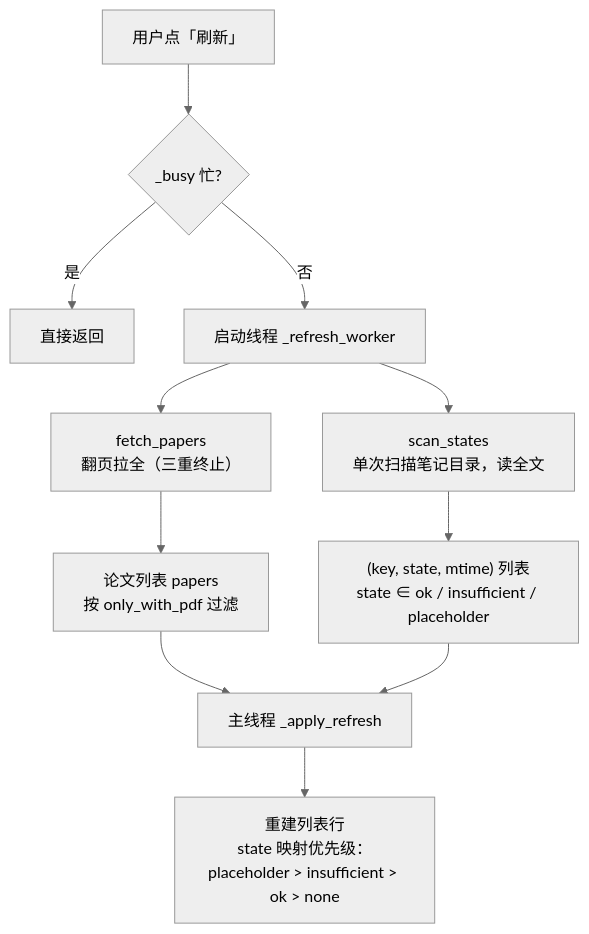
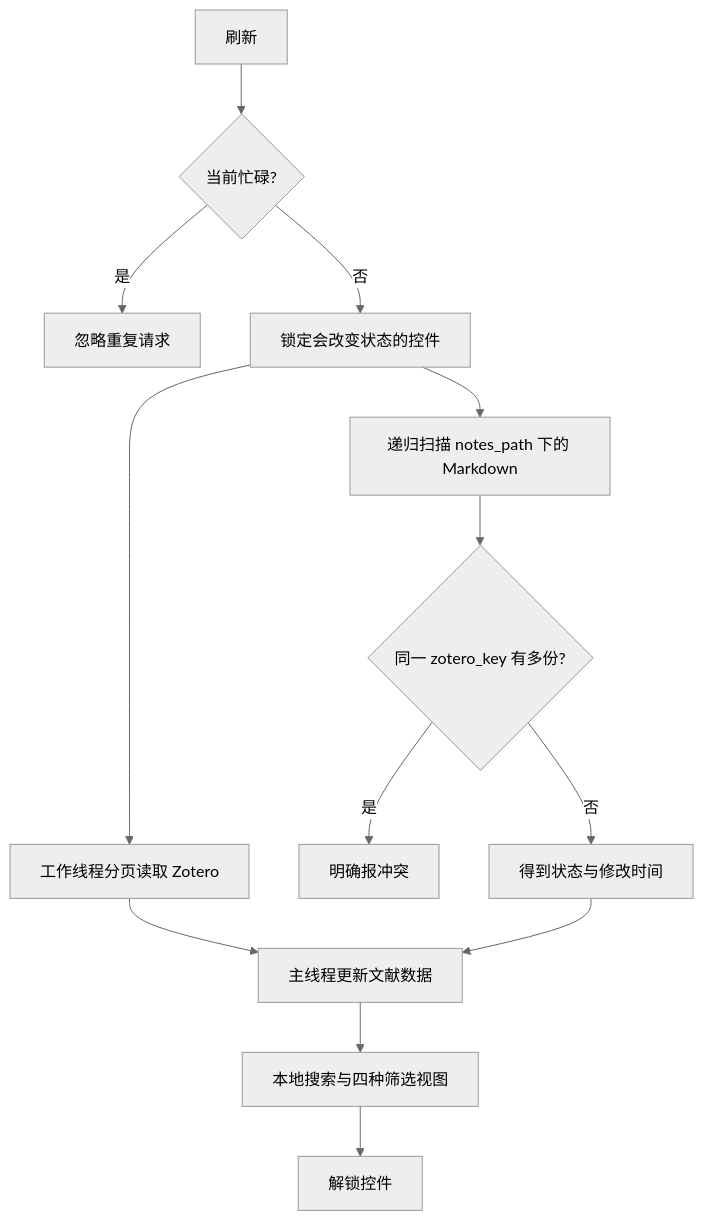
The second of 4 diagrams in 架构流程图.md (S0gn-G/ZOTERO-OBS), drawn with Mermaid (neutral theme) before and after one commit. The commit also changed other lines of this file and 18 other files, not shown here.

````diff
--- a/架构流程图.md
+++ b/架构流程图.md
@@ -59,13 +23,15 @@
 ```mermaid
 flowchart TD
-    A["用户点「刷新」"] --> B{"_busy 忙?"}
-    B -- 是 --> E1["直接返回"]
-    B -- 否 --> C["启动线程 _refresh_worker"]
-    C --> D["fetch_papers<br/>翻页拉全（三重终止）"]
-    C --> E["scan_states<br/>单次扫描笔记目录，读全文"]
-    D --> F["论文列表 papers<br/>按 only_with_pdf 过滤"]
-    E --> G["(key, state, mtime) 列表<br/>state ∈ ok / insufficient / placeholder"]
-    F --> H["主线程 _apply_refresh"]
-    G --> H
-    H --> I["重建列表行<br/>state 映射优先级：<br/>placeholder > insufficient > ok > none"]
+    A["刷新"] --> B{"当前忙碌?"}
+    B -- 是 --> X["忽略重复请求"]
+    B -- 否 --> C["锁定会改变状态的控件"]
+    C --> D["工作线程分页读取 Zotero"]
+    C --> E["递归扫描 notes_path 下的 Markdown"]
+    E --> F{"同一 zotero_key 有多份?"}
+    F -- 是 --> G["明确报冲突"]
+    F -- 否 --> H["得到状态与修改时间"]
+    D --> I["主线程更新文献数据"]
+    H --> I
+    I --> J["本地搜索与四种筛选视图"]
+    J --> K["解锁控件"]
 ```
````
